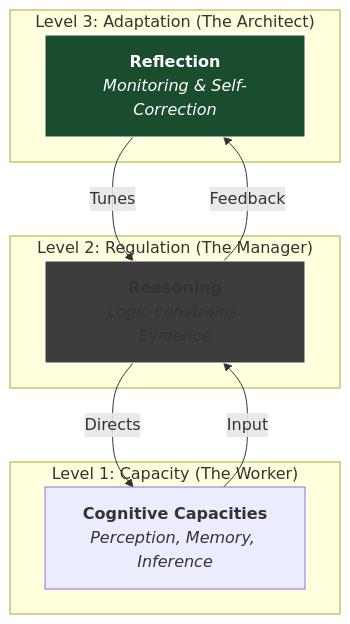
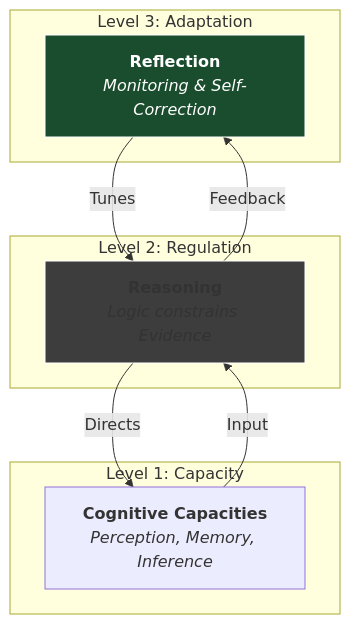
Before and after one commit to Shelbournator/thoughts: the diagram in _posts/2026-02-27-the-architecure-of-decision-making.md, drawn with Mermaid.

````diff
--- a/_posts/2026-02-27-the-architecure-of-decision-making.md
+++ b/_posts/2026-02-27-the-architecure-of-decision-making.md
@@ -79,22 +79,22 @@
 ```mermaid
 graph TD
-    subgraph "Level 3: Adaptation (The Architect)"
+    subgraph "Level 3: Adaptation"
     L3["<b>Reflection</b><br><i>Monitoring & Self-Correction</i>"]
     end
 
-    subgraph "Level 2: Regulation (The Manager)"
+    subgraph "Level 2: Regulation"
     L2["<b>Reasoning</b><br><i>Logic constrains Evidence</i>"]
     end
 
-    subgraph "Level 1: Capacity (The Worker)"
+    subgraph "Level 1: Capacity"
     L1["<b>Cognitive Capacities</b><br><i>Perception, Memory, Inference</i>"]
     end
 
     L3 -->|Tunes| L2
     L2 -->|Directs| L1
     L1 -->|Input| L2
     L2 -->|Feedback| L3
 
     style L3 fill:#1a4d2e,stroke:#fff,color:#fff
     style L2 fill:#3d3d3d,stroke:#fff
 ```
````
